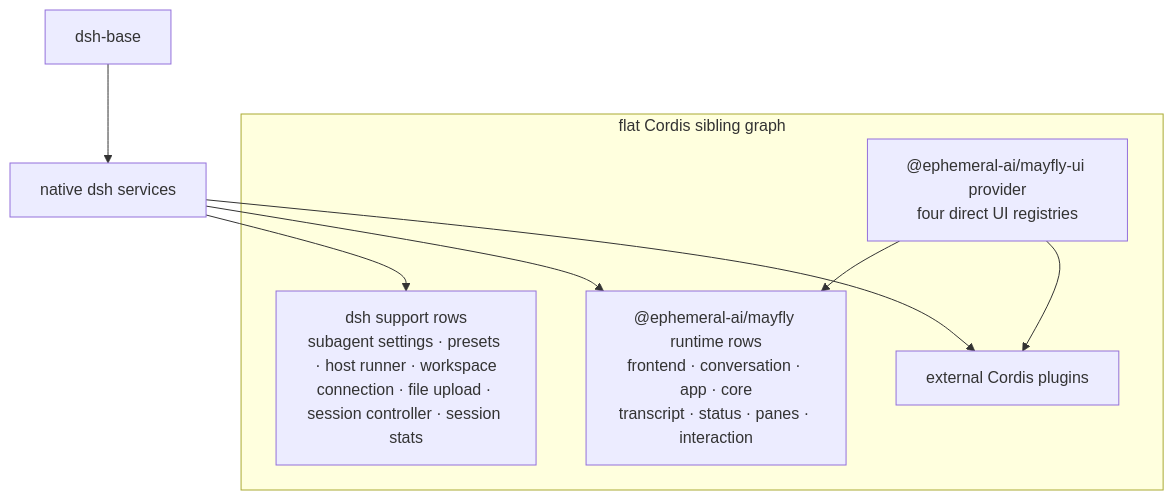
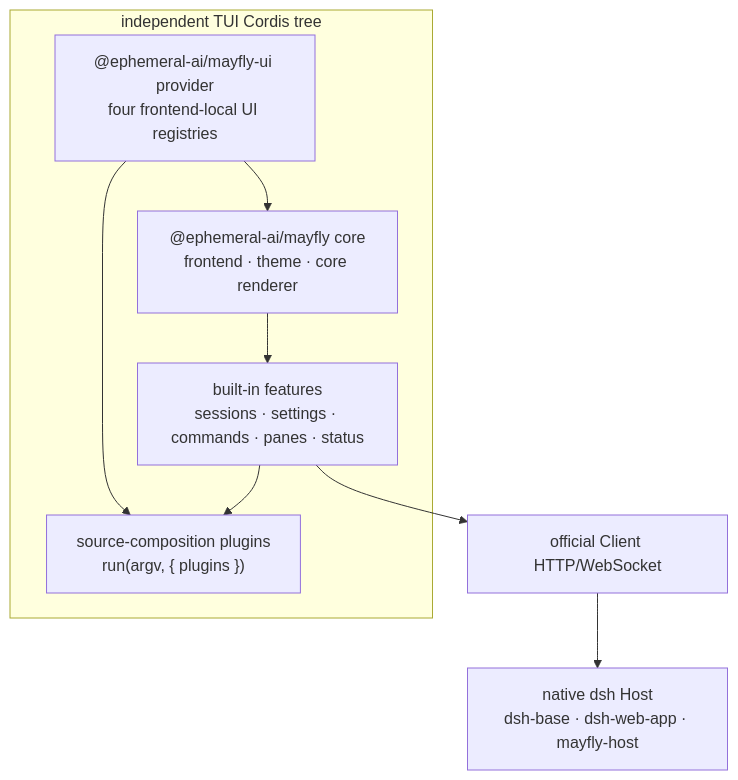
Before and after one commit to Ephemeral-AI-Lab/mayfly: the diagram in website/en/plugins/builtins.md, drawn with Mermaid. The commit also changed other lines of this file and 139 other files, not shown here.

First line of the commit message:
docs: describe four packages and the TUI source composition

````diff
--- a/website/en/plugins/builtins.md
+++ b/website/en/plugins/builtins.md
@@ -27,18 +25,18 @@
 ```mermaid
 flowchart TB
-    BASE["dsh-base"]
-    subgraph GRAPH["flat Cordis sibling graph"]
-        SUPPORT["dsh support rows<br/>subagent settings · presets · host runner · workspace<br/>connection · file upload · session controller · session stats"]
-        UI["@ephemeral-ai/mayfly-ui provider<br/>four direct UI registries"]
-        RUNTIME["@ephemeral-ai/mayfly runtime rows<br/>frontend · conversation · app · core<br/>transcript · status · panes · interaction"]
-        PLUGINS["external Cordis plugins"]
+    HOST["native dsh Host<br/>dsh-base · dsh-web-app · mayfly-host"]
+    subgraph TUI["independent TUI Cordis tree"]
+        UI["@ephemeral-ai/mayfly-ui provider<br/>four frontend-local UI registries"]
+        CORE["@ephemeral-ai/mayfly core<br/>frontend · theme · core renderer"]
+        FEATURES["built-in features<br/>sessions · settings · commands · panes · status"]
+        PLUGINS["source-composition plugins<br/>run(argv, { plugins })"]
     end
-    NATIVE["native dsh services"]
+    CLIENT["official Client HTTP/WebSocket"]
 
-    BASE --> NATIVE
-    NATIVE --> SUPPORT
-    NATIVE --> RUNTIME
-    NATIVE --> PLUGINS
-    UI --> RUNTIME
+    UI --> CORE
+    CORE --> FEATURES
+    FEATURES --> PLUGINS
     UI --> PLUGINS
+    FEATURES --> CLIENT
+    CLIENT --> HOST
 ```
````
